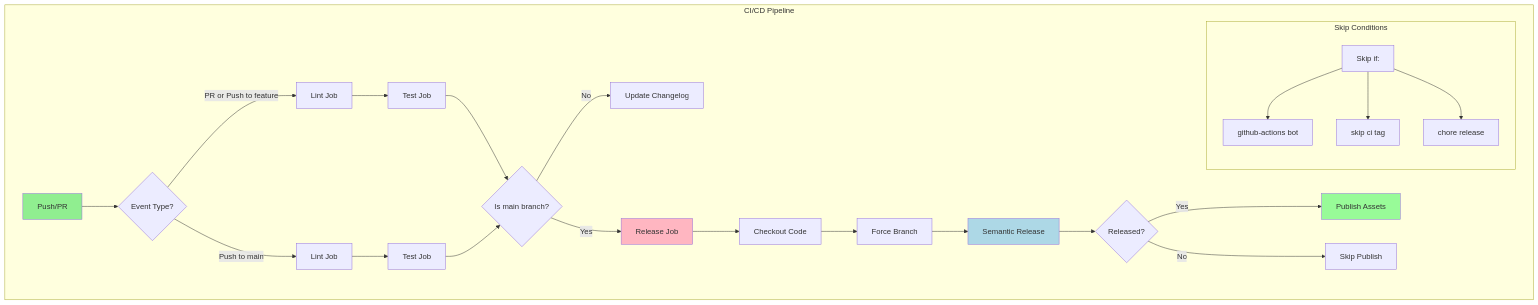
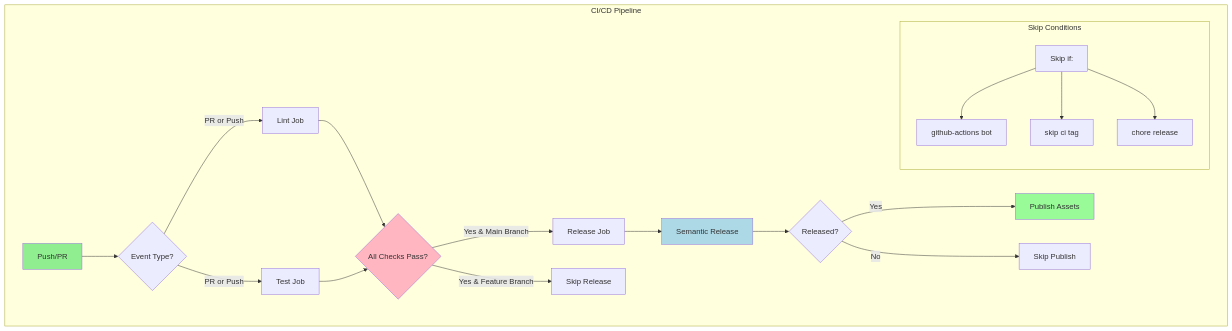
The diagram in README.md (gsinghjay/fast-api-ci-cd), drawn with Mermaid before and after one commit. The commit also changed 2 other files, not shown here.

Commit message:
fix(ci): ensure changelog updates on every push
- Add explicit changelog generation step
- Update changelog regardless of release status
- Configure semantic-release to include all commits
- Separate changelog generation from release process

````diff
--- a/README.md
+++ b/README.md
@@ -251,42 +251,37 @@
 ```mermaid
 flowchart TD
     subgraph "CI/CD Pipeline"
         A[Push/PR] --> B{Event Type?}
 
-        B -->|PR or Push to feature| C[Lint Job]
-        B -->|Push to main| D[Lint Job]
+        B -->|PR or Push| C[Lint Job]
+        B -->|PR or Push| D[Test Job]
 
-        C --> E[Test Job]
-        D --> F[Test Job]
+        C --> E{All Checks Pass?}
+        D --> E
 
-        E --> G{Is main branch?}
-        F --> G
+        E -->|Yes & Main Branch| F[Release Job]
+        E -->|Yes & Feature Branch| G[Skip Release]
 
-        G -->|No| H[Update Changelog]
-        G -->|Yes| I[Release Job]
+        F --> H[Semantic Release]
+        H --> I{Released?}
 
-        I --> J[Checkout Code]
-        J --> K[Force Branch]
-        K --> L[Semantic Release]
-        L --> M{Released?}
-
-        M -->|Yes| N[Publish Assets]
-        M -->|No| O[Skip Publish]
+        I -->|Yes| J[Publish Assets]
+        I -->|No| K[Skip Publish]
 
         subgraph "Skip Conditions"
             P[Skip if:] --> P1[github-actions bot]
             P --> P2[skip ci tag]
             P --> P3[chore release]
         end
     end
 
     classDef trigger fill:#90EE90
-    classDef release fill:#FFB6C1
-    classDef semantic fill:#ADD8E6
+    classDef check fill:#FFB6C1
+    classDef release fill:#ADD8E6
     classDef publish fill:#98FB98
 
     class A trigger
-    class I release
-    class L semantic
-    class N publish
+    class E check
+    class H release
+    class J publish
 ```
````
